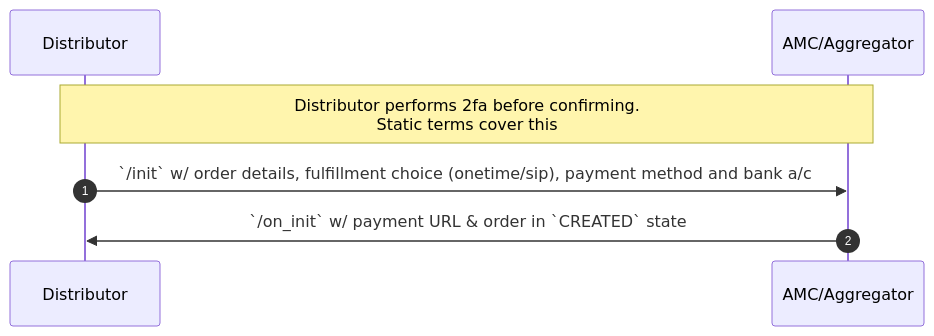
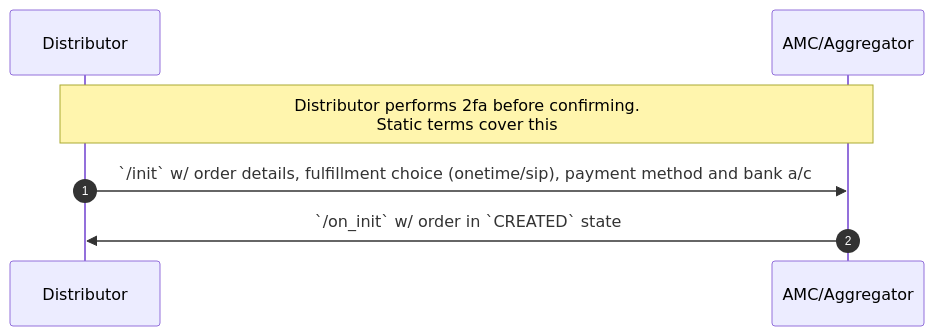
The second of 5 diagrams in api/components/docs/stage-order.md (nmonga26/ONDC-FIS-Specifications), drawn with Mermaid before and after one commit. The commit also changed other lines of this file and 3 other files, not shown here.

````diff
--- a/api/components/docs/stage-order.md
+++ b/api/components/docs/stage-order.md
@@ -82,9 +82,9 @@
 ```mermaid
 sequenceDiagram
     autonumber
     participant bap AS Distributor
     participant bpp AS AMC/Aggregator
     Note over bap, bpp: Distributor performs 2fa before confirming. <br /> Static terms cover this
     bap ->> bpp: `/init` w/ order details, fulfillment choice (onetime/sip), payment method and bank a/c
-    bpp ->> bap: `/on_init` w/ payment URL & order in `CREATED` state
+    bpp ->> bap: `/on_init` w/ order in `CREATED` state
 ```
````
